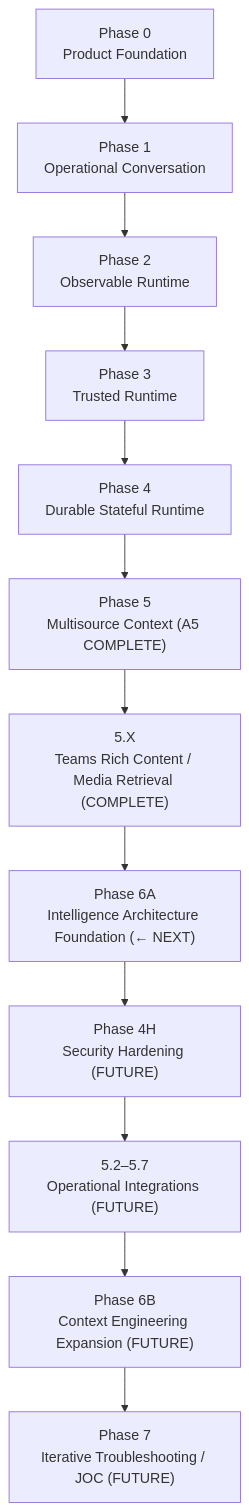
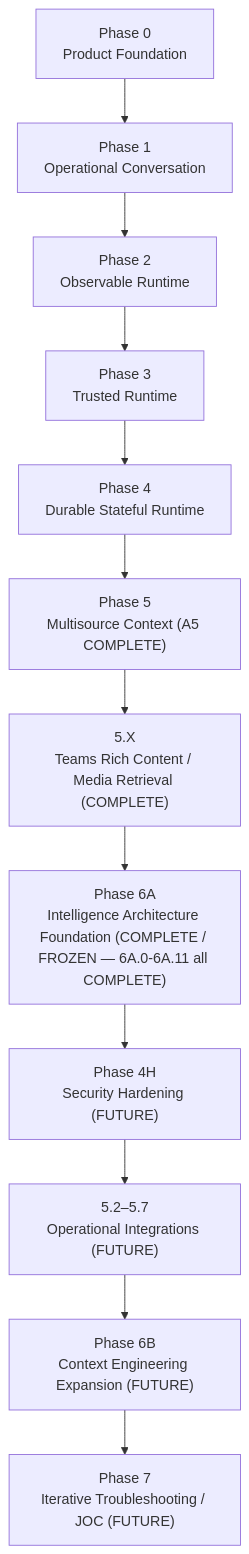
The first of 10 diagrams in docs/BUILD_SEQUENCE.md (drak0niii/SLOPANOC), drawn with Mermaid before and after one commit. The commit also changed other lines of this file and 206 other files, not shown here.

Commit message:
feat: preserve Phase 6A intelligence foundation

````diff
--- a/docs/BUILD_SEQUENCE.md
+++ b/docs/BUILD_SEQUENCE.md
@@ -554,14 +658,14 @@
 ```mermaid
 flowchart TD
     P0["Phase 0<br/>Product Foundation"] --> P1["Phase 1<br/>Operational Conversation"]
     P1 --> P2["Phase 2<br/>Observable Runtime"]
     P2 --> P3["Phase 3<br/>Trusted Runtime"]
     P3 --> P4["Phase 4<br/>Durable Stateful Runtime"]
     P4 --> P5["Phase 5<br/>Multisource Context (A5 COMPLETE)"]
     P5 --> PX["5.X<br/>Teams Rich Content / Media Retrieval (COMPLETE)"]
-    PX --> P6A["Phase 6A<br/>Intelligence Architecture Foundation (← NEXT)"]
+    PX --> P6A["Phase 6A<br/>Intelligence Architecture Foundation (COMPLETE / FROZEN — 6A.0-6A.11 all COMPLETE)"]
     P6A --> P4H["Phase 4H<br/>Security Hardening (FUTURE)"]
     P4H --> P5B["5.2–5.7<br/>Operational Integrations (FUTURE)"]
     P5B --> P6B["Phase 6B<br/>Context Engineering Expansion (FUTURE)"]
     P6B --> P7["Phase 7<br/>Iterative Troubleshooting / JOC (FUTURE)"]
 ```
````
